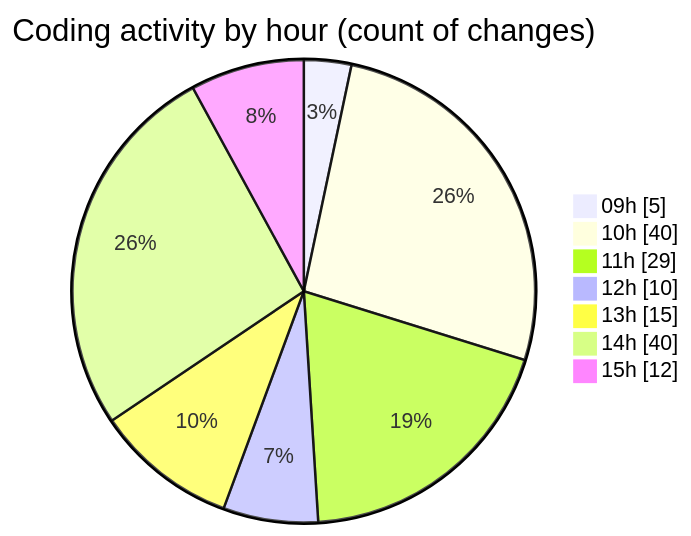
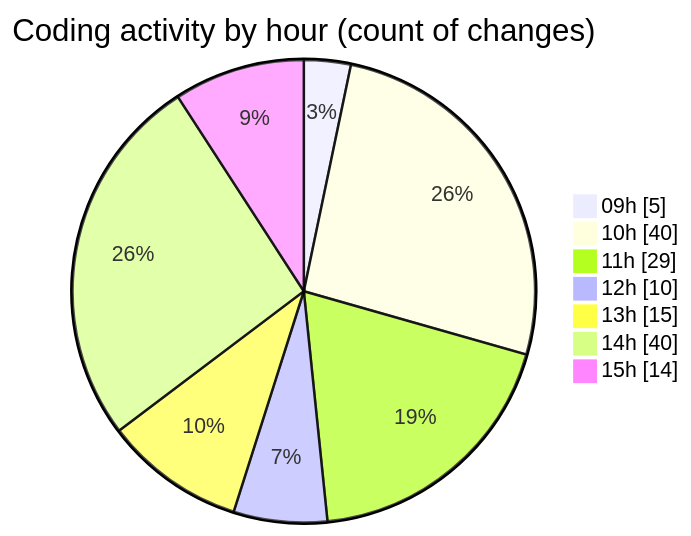
Before and after one commit to CELIANVF/code-tracking: the second of 2 diagrams in 2025-06-02/ecodeli-1/README.md, drawn with Mermaid. The commit also changed other lines of this file and 1 other file, not shown here.

````diff
--- a/2025-06-02/ecodeli-1/README.md
+++ b/2025-06-02/ecodeli-1/README.md
@@ -93,11 +93,11 @@
 ```mermaid
 pie showData
 title Coding activity by hour (count of changes)
 "09h" : 5
 "10h" : 40
 "11h" : 29
 "12h" : 10
 "13h" : 15
 "14h" : 40
-"15h" : 12
+"15h" : 14
 ```
````
